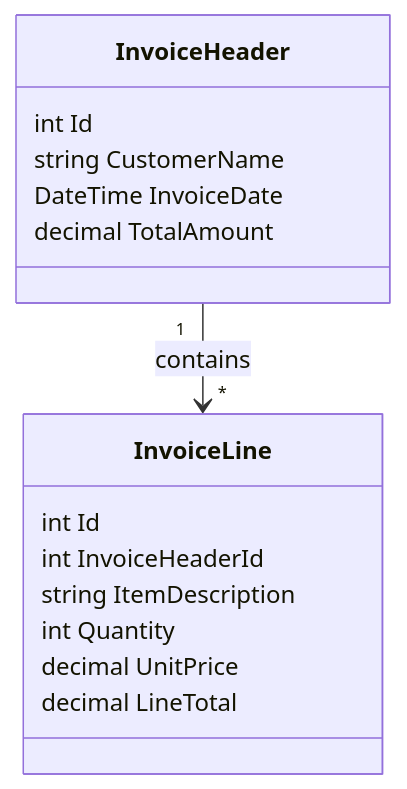
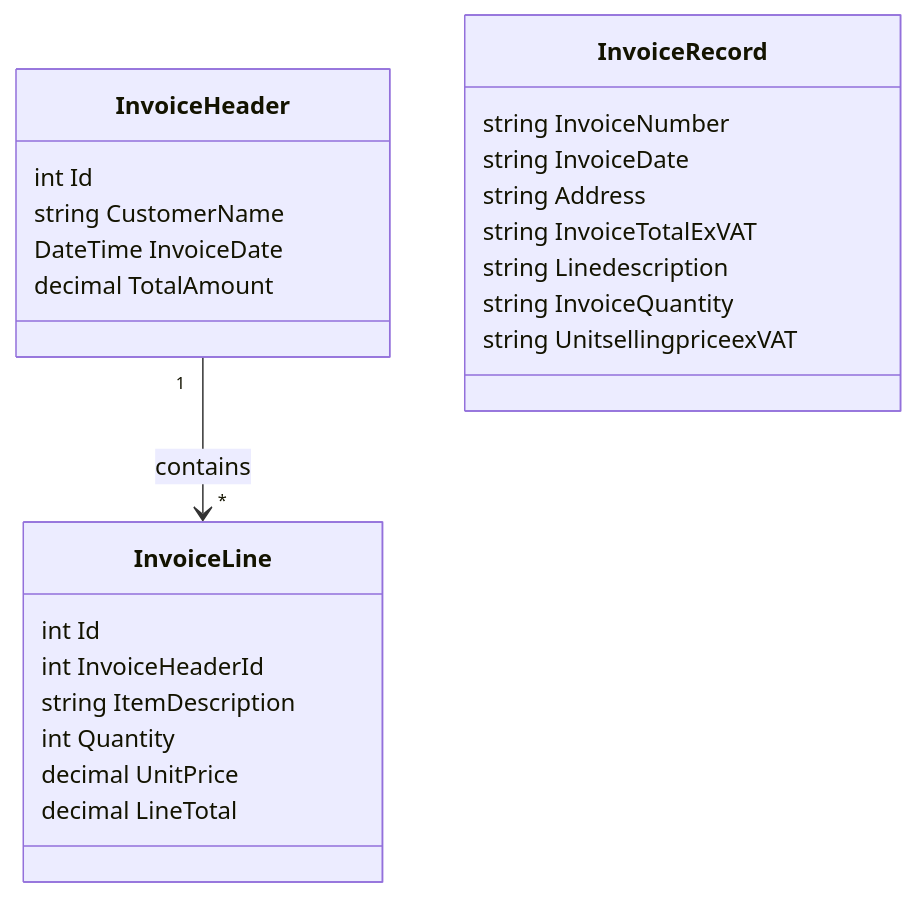
The second of 2 diagrams in README.md (Fani2000/Fani_CLI_Test), drawn with Mermaid before and after one commit. The commit also changed other lines of this file, not shown here.

````diff
--- a/README.md
+++ b/README.md
@@ -27,20 +71,30 @@
 ```mermaid
 classDiagram
     class InvoiceHeader {
         int Id
         string CustomerName
         DateTime InvoiceDate
         decimal TotalAmount
     }
 
     class InvoiceLine {
         int Id
         int InvoiceHeaderId
         string ItemDescription
         int Quantity
         decimal UnitPrice
         decimal LineTotal
     }
 
+    class InvoiceRecord {
+        string InvoiceNumber
+        string InvoiceDate
+        string Address
+        string InvoiceTotalExVAT
+        string Linedescription
+        string InvoiceQuantity
+        string UnitsellingpriceexVAT
+    }
+
     InvoiceHeader "1" --> "*" InvoiceLine : contains
 ```
````
